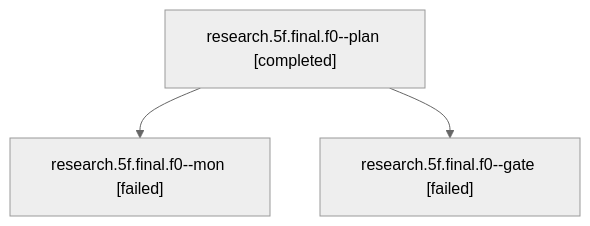
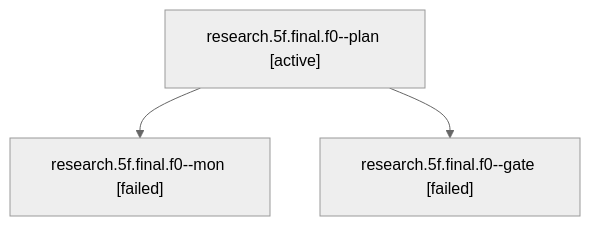
The diagram in sessions/bbugyi200.athena.research.5f.final.f0.md (sase-org/sase--agents), drawn with Mermaid (neutral theme) before and after one commit. The commit also changed other lines of this file and 1288 other files, not shown here.

````diff
--- a/sessions/bbugyi200.athena.research.5f.final.f0.md
+++ b/sessions/bbugyi200.athena.research.5f.final.f0.md
@@ -9,8 +9,8 @@
 ```mermaid
 flowchart TD
-  n0["research.5f.final.f0--plan [completed]"]
+  n0["research.5f.final.f0--plan [active]"]
   n1["research.5f.final.f0--mon [failed]"]
   n0 --> n1
   n2["research.5f.final.f0--gate [failed]"]
   n0 --> n2
 ```
````
